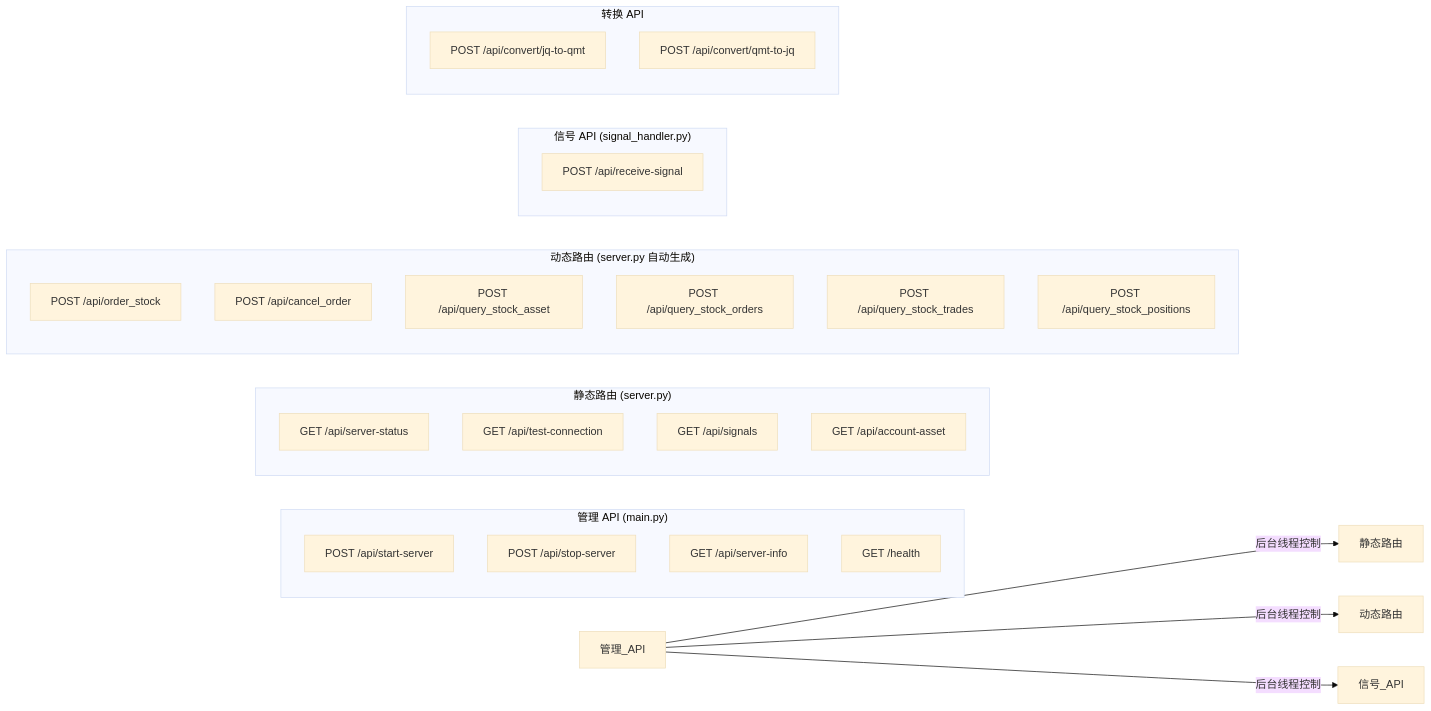
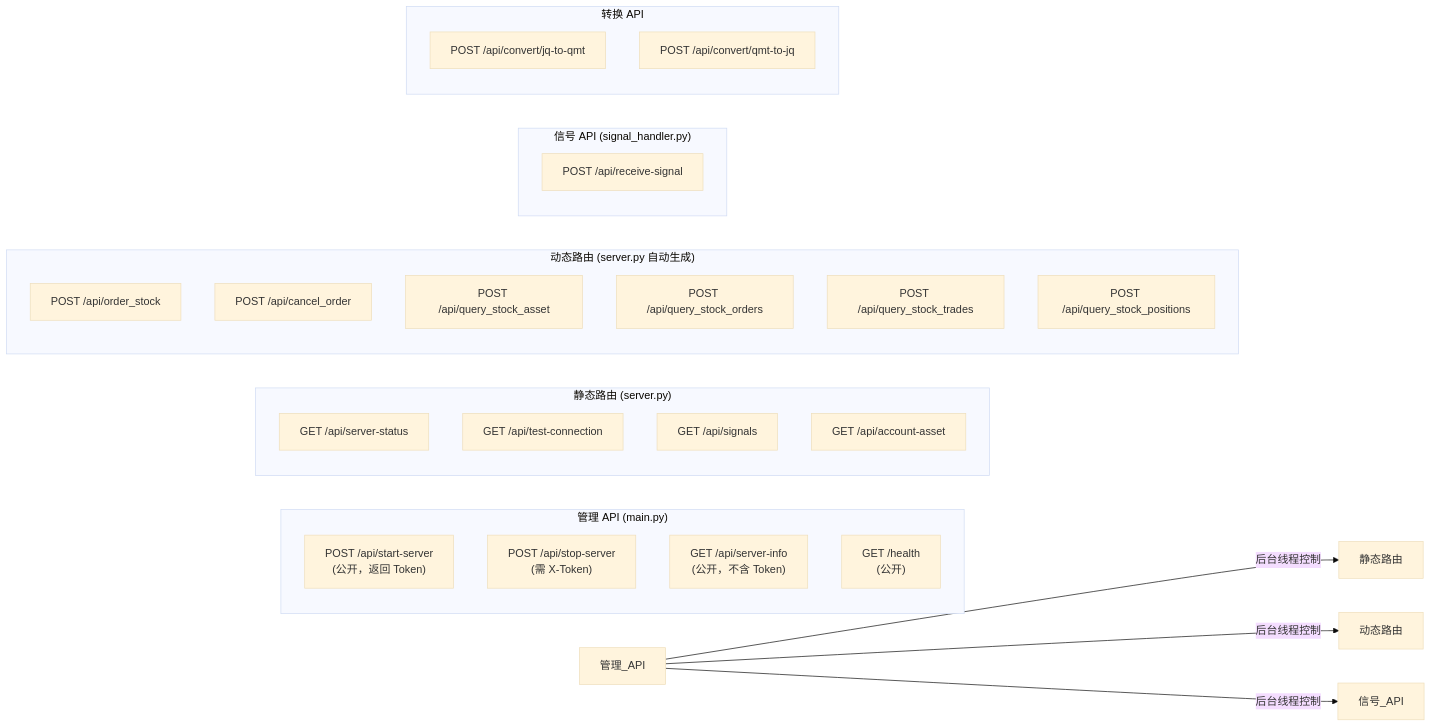
Before and after one commit to Dada-liu/QMT-Live-Assistant: the fifth of 5 diagrams in IMPLEMENTATION_PLAN.md, drawn with Mermaid (base theme). The commit also changed other lines of this file and 15 other files, not shown here.

````diff
--- a/IMPLEMENTATION_PLAN.md
+++ b/IMPLEMENTATION_PLAN.md
@@ -210,38 +210,38 @@
 ```mermaid
 graph LR
     subgraph "管理 API (main.py)"
-        START["POST /api/start-server"]
-        STOP["POST /api/stop-server"]
-        INFO["GET /api/server-info"]
-        HEALTH["GET /health"]
+        START["POST /api/start-server<br/>(公开，返回 Token)"]
+        STOP["POST /api/stop-server<br/>(需 X-Token)"]
+        INFO["GET /api/server-info<br/>(公开，不含 Token)"]
+        HEALTH["GET /health<br/>(公开)"]
     end
 
     subgraph "静态路由 (server.py)"
         STATUS["GET /api/server-status"]
         CONN["GET /api/test-connection"]
         SIGNALS["GET /api/signals"]
         ASSET["GET /api/account-asset"]
     end
 
     subgraph "动态路由 (server.py 自动生成)"
         D1["POST /api/order_stock"]
         D2["POST /api/cancel_order"]
         D3["POST /api/query_stock_asset"]
         D4["POST /api/query_stock_orders"]
         D5["POST /api/query_stock_trades"]
         D6["POST /api/query_stock_positions"]
     end
 
     subgraph "信号 API (signal_handler.py)"
         RECV["POST /api/receive-signal"]
     end
 
     subgraph "转换 API"
         JQ["POST /api/convert/jq-to-qmt"]
         QJ["POST /api/convert/qmt-to-jq"]
     end
 
     管理_API -->|"后台线程控制"| 静态路由
     管理_API -->|"后台线程控制"| 动态路由
     管理_API -->|"后台线程控制"| 信号_API
 ```
````
